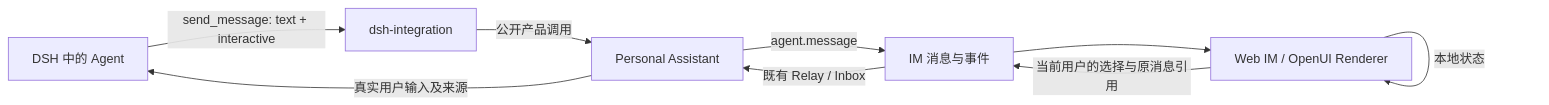
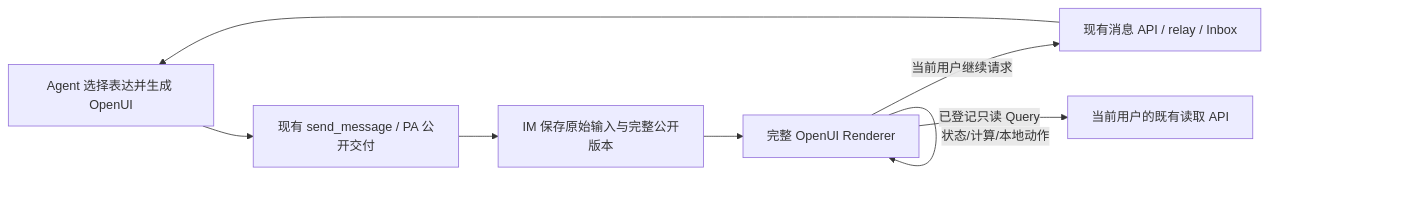
Before and after one commit to Mrchen116/nano-multiagent: the diagram in docs/changes/feat-617-agent-interactive-responses/design.md, drawn with Mermaid. The commit also changed other lines of this file and 12 other files, not shown here.

````diff
--- a/docs/changes/feat-617-agent-interactive-responses/design.md
+++ b/docs/changes/feat-617-agent-interactive-responses/design.md
@@ -37,11 +26,10 @@
 ```mermaid
 flowchart LR
-  A[DSH 中的 Agent] -->|send_message: text + interactive| B[dsh-integration]
-  B -->|公开产品调用| C[Personal Assistant]
-  C -->|agent.message| D[IM 消息与事件]
-  D --> E[Web IM / OpenUI Renderer]
-  E -->|本地状态| E
-  E -->|当前用户的选择与原消息引用| D
-  D -->|既有 Relay / Inbox| C
-  C -->|真实用户输入及来源| A
+  A[Agent 选择表达并生成 OpenUI] --> B[现有 send_message / PA 公开交付]
+  B --> C[IM 保存原始输入与完整公开版本]
+  C --> D[完整 OpenUI Renderer]
+  D -->|状态/计算/本地动作| D
+  D -->|当前用户继续请求| E[现有消息 API / relay / Inbox]
+  E --> A
+  D -->|已登记只读 Query| F[当前用户的既有读取 API]
 ```
````
